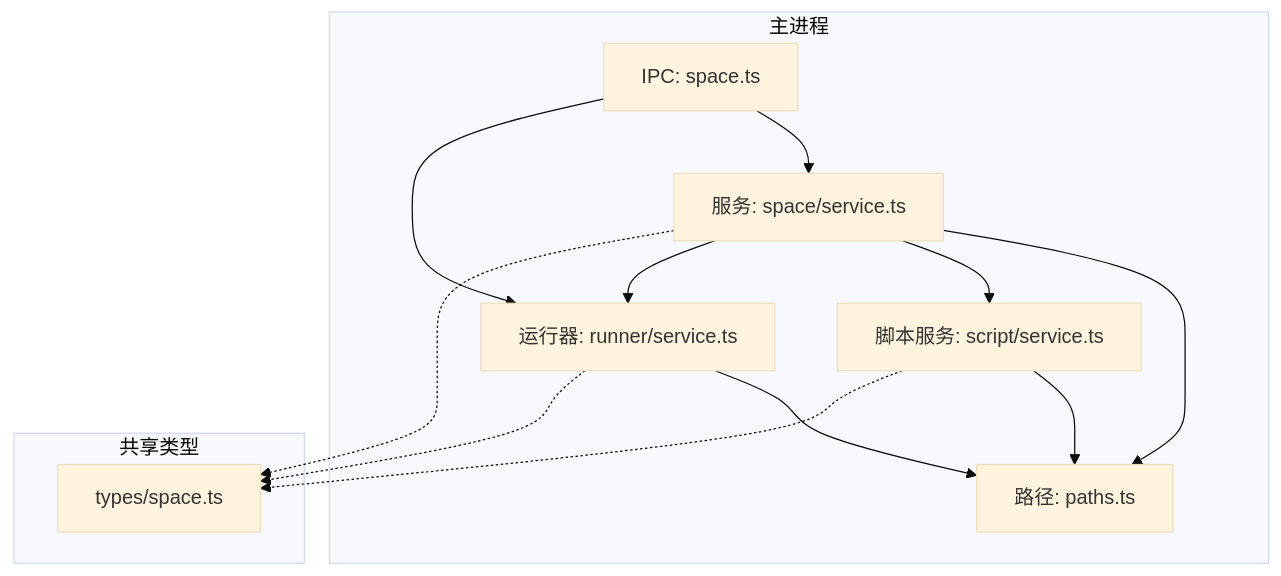
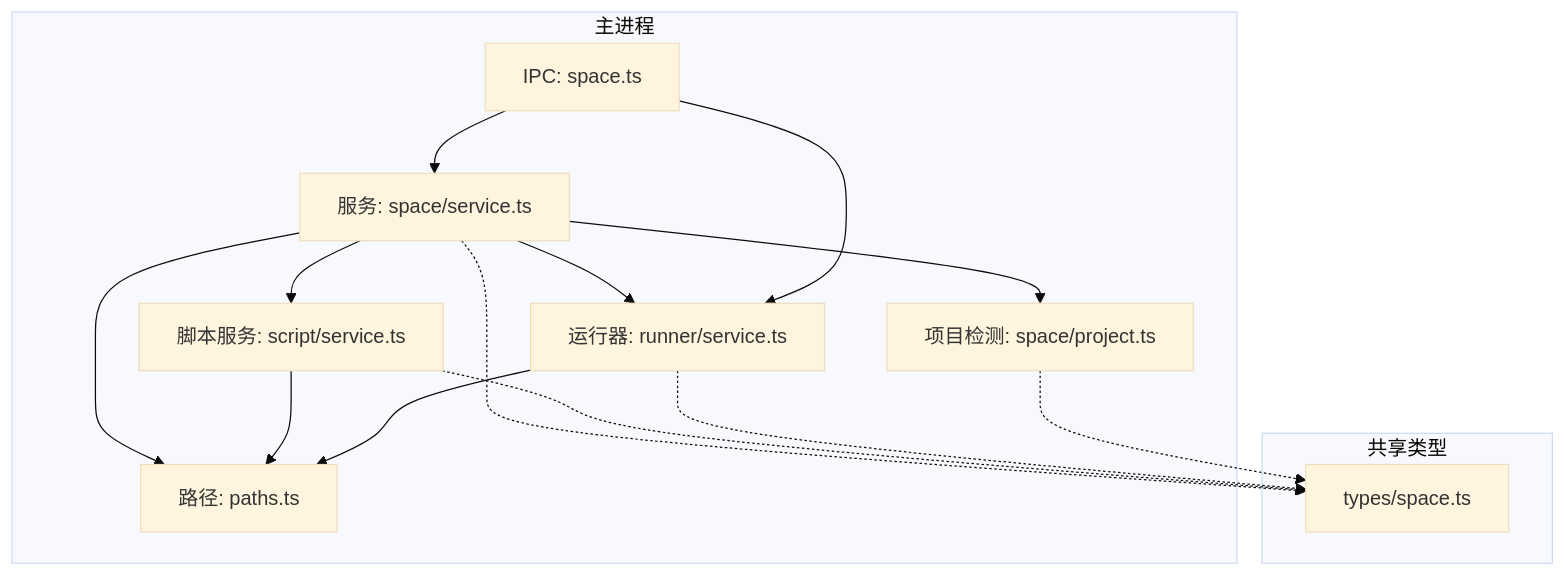
Before and after one commit to hozeeee/script-box: the first of 11 diagrams in .qoder/repowiki/zh/content/核心服务层/Space 服务（项目空间管理）.md, drawn with Mermaid (base theme). The commit also changed other lines of this file and 76 other files, not shown here.

````diff
--- a/.qoder/repowiki/zh/content/核心服务层/Space 服务（项目空间管理）.md
+++ b/.qoder/repowiki/zh/content/核心服务层/Space 服务（项目空间管理）.md
@@ -42,23 +55,26 @@
 ```mermaid
 graph TB
 subgraph "主进程"
 A["IPC: space.ts"]
 B["服务: space/service.ts"]
-C["路径: paths.ts"]
-D["脚本服务: script/service.ts"]
-E["运行器: runner/service.ts"]
+C["项目检测: space/project.ts"]
+D["路径: paths.ts"]
+E["脚本服务: script/service.ts"]
+F["运行器: runner/service.ts"]
 end
 subgraph "共享类型"
 T["types/space.ts"]
 end
 A --> B
 B --> C
 B --> D
 B --> E
-A --> E
-D --> C
-E --> C
+B --> F
+A --> F
+E --> D
+F --> D
 B -.-> T
-D -.-> T
 E -.-> T
+F -.-> T
+C -.-> T
 ```
````
